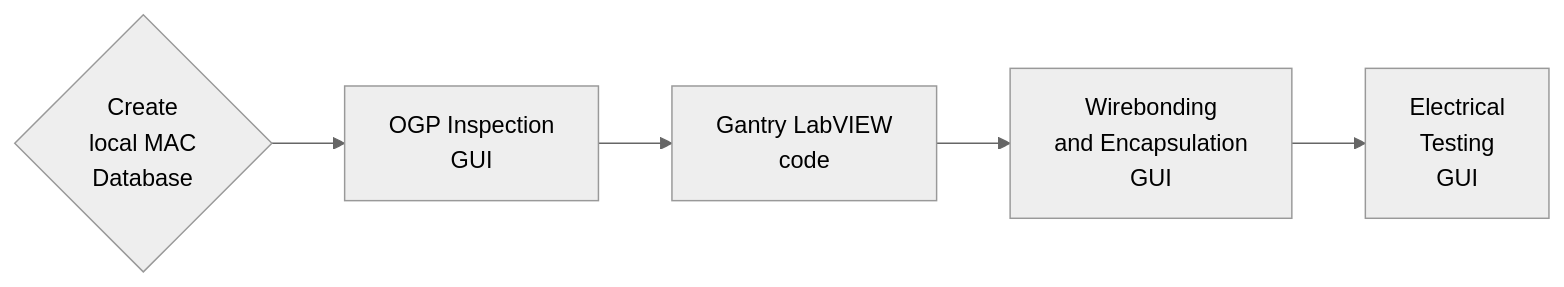
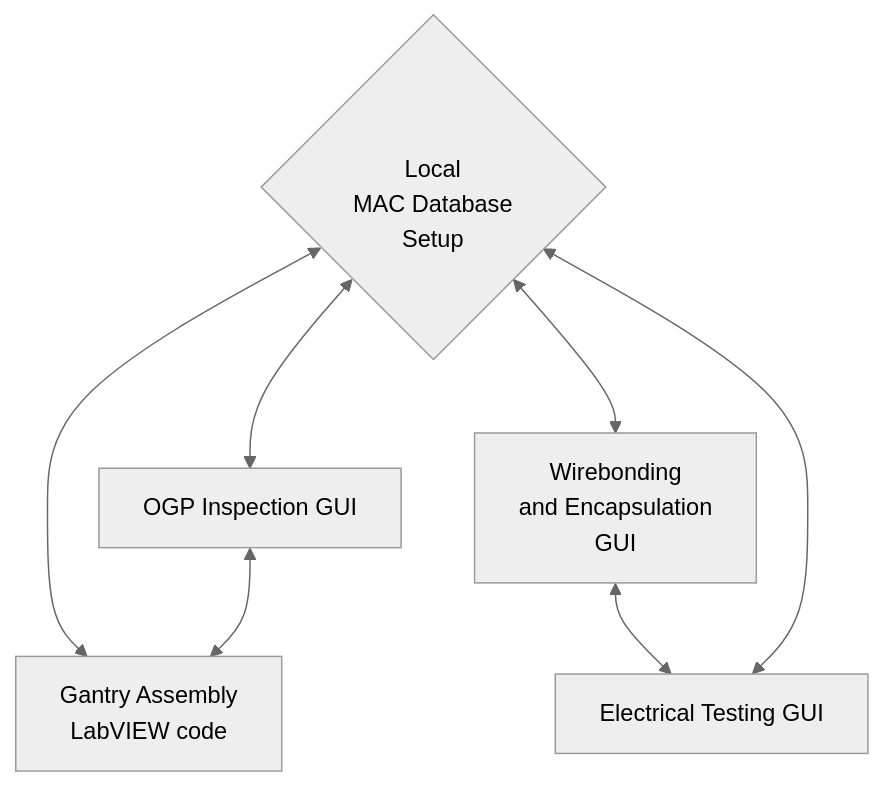
The diagram in profile/README.md (cmu-hgc-mac/.github), drawn with Mermaid (neutral theme) before and after one commit. The commit also changed other lines of this file, not shown here.

````diff
--- a/profile/README.md
+++ b/profile/README.md
@@ -4,12 +4,14 @@
 ```mermaid
-graph LR
-    A{Create<br>local MAC<br>Database} --> B[OGP Inspection<br>GUI]
-    B --> C[Gantry LabVIEW<br>code]
-    C --> D[Wirebonding<br>and Encapsulation<br>GUI]
-    D --> E[Electrical<br>Testing<br>GUI]
+graph TD
+    A{<br>Local<br>MAC Database<br>Setup} <--> B[OGP Inspection GUI]
+    A{<br>Local<br>MAC Database<br>Setup} <--> C[Gantry Assembly<br>LabVIEW code]
+    B <--> C
+    A <--> D[Wirebonding<br>and Encapsulation<br>GUI]
+    D <--> E[Electrical Testing GUI]
+    E <--> A
     click A href "https://github.com/murthysindhu/HGC_DB_postgres/"
     click B href "https://github.com/cmu-hgc-mac/HGC_OGP_DB"
     click D href "https://github.com/nkalliney1/wirebonder_gui"
     click E href "https://gitlab.cern.ch/acrobert/hgcal-module-testing-gui/"
 
 ```
````
